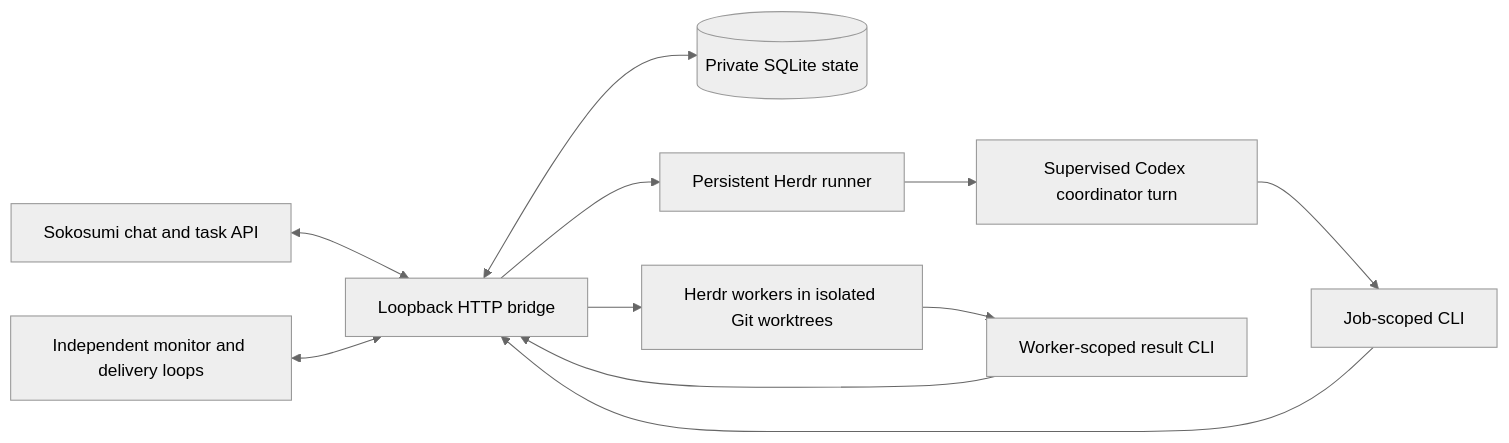
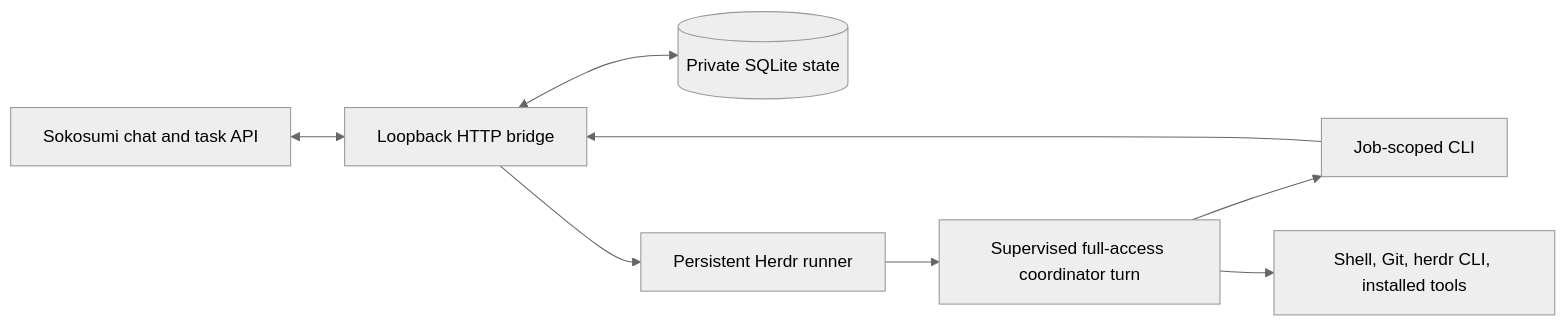
Before and after one commit to PatrickTobler/codepat: the diagram in docs/operations.md, drawn with Mermaid (neutral theme). The commit also changed other lines of this file and 56 other files, not shown here.

````diff
--- a/docs/operations.md
+++ b/docs/operations.md
@@ -3,13 +3,10 @@
 ```mermaid
 flowchart LR
   S[Sokosumi chat and task API] <--> H[Loopback HTTP bridge]
   H <--> DB[(Private SQLite state)]
   H --> R[Persistent Herdr runner]
-  R --> C[Supervised Codex coordinator turn]
+  R --> C[Supervised full-access coordinator turn]
   C --> CLI[Job-scoped CLI]
   CLI --> H
-  H --> W[Herdr workers in isolated Git worktrees]
-  W --> Result[Worker-scoped result CLI]
-  Result --> H
-  M[Independent monitor and delivery loops] <--> H
+  C --> T[Shell, Git, herdr CLI, installed tools]
 ```
````
